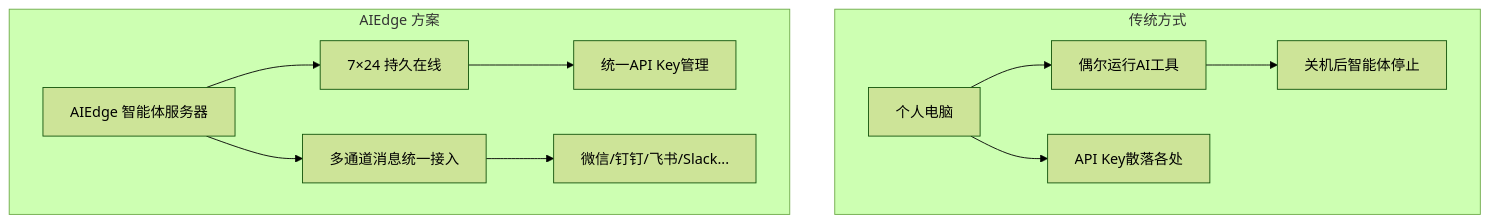
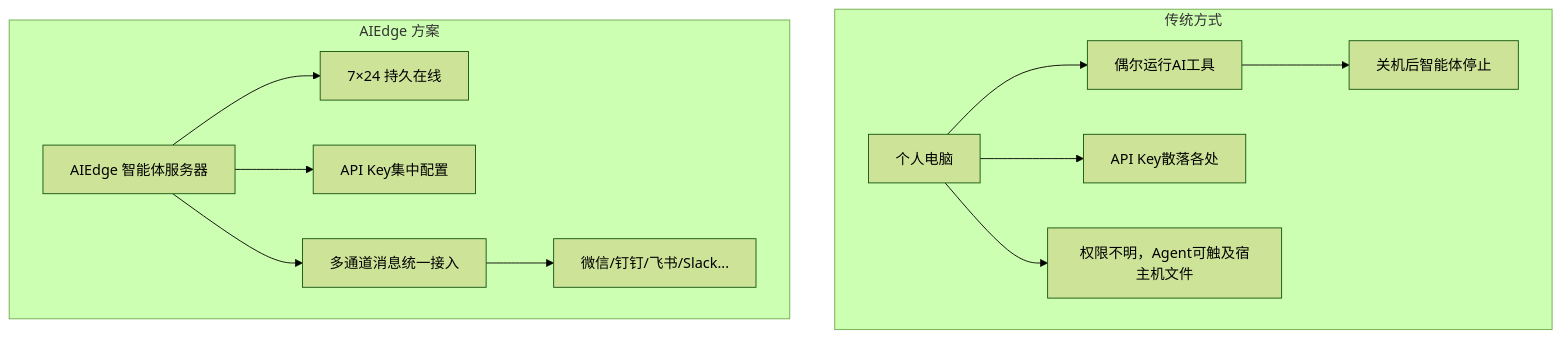
One commit to IntronBio/wiki changed the diagram in docs/quickstart/overview.md. Above: the diagram before and after it, drawn with Mermaid (forest theme). The commit also changed other lines of this file and 14 other files, not shown here.

````diff
--- a/docs/quickstart/overview.md
+++ b/docs/quickstart/overview.md
@@ -19,14 +19,15 @@
 ```mermaid
 graph TD
     subgraph 传统方式
         T1[个人电脑] --> T2[偶尔运行AI工具]
         T2 --> T3[关机后智能体停止]
         T1 --> T4[API Key散落各处]
+        T1 --> T5[权限不明，Agent可触及宿主机文件]
     end
     subgraph AIEdge 方案
         A1[AIEdge 智能体服务器] --> A2[7×24 持久在线]
-        A2 --> A3[统一API Key管理]
+        A1 --> A3[API Key集中配置]
         A1 --> A4[多通道消息统一接入]
         A4 --> A5[微信/钉钉/飞书/Slack...]
     end
 ```
````
